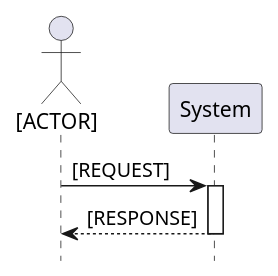
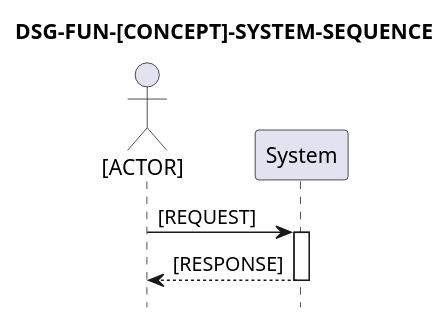
The diagram in templates/designs/functional.template.md (ruifrvaz/smaqit), drawn with PlantUML before and after one commit. The commit also changed 9 other files, not shown here.

````diff
--- a/templates/designs/functional.template.md
+++ b/templates/designs/functional.template.md
@@ -21,11 +21,12 @@
 ```plantuml
 @startuml
+title DSG-FUN-[CONCEPT]-SYSTEM-SEQUENCE
 actor "[ACTOR]" as Actor
 participant "System" as System
 hide footbox
 Actor -> System: [REQUEST]
 activate System
 System --> Actor: [RESPONSE]
 deactivate System
 @enduml
 ```
````
